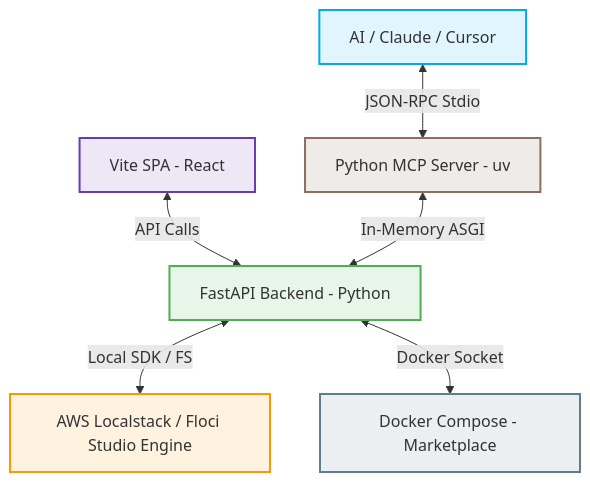
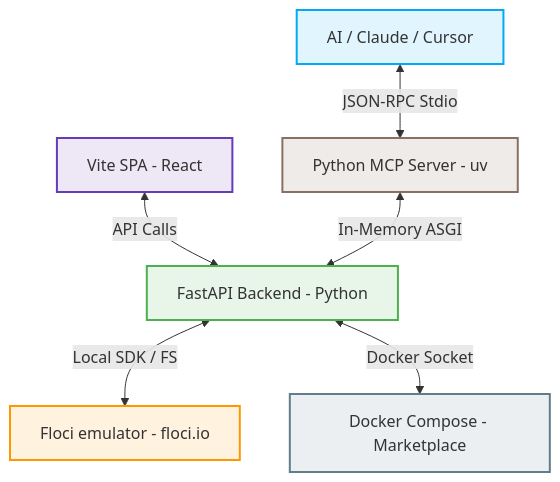
One commit to pmaojo/floci-studio changed the diagram in README.md. Above: the diagram before and after it, drawn with Mermaid. The commit also changed other lines of this file, not shown here.

Commit message:
docs: aclarar que Floci Studio es un frontend para Floci (floci.io) y dar crédito a sus autores

````diff
--- a/README.md
+++ b/README.md
@@ -11,17 +15,17 @@
 ```mermaid
 graph TD
     %% Components
     LLM[AI / Claude / Cursor] <-->|JSON-RPC Stdio| MCP[Python MCP Server - uv]
     SPA[Vite SPA - React] <-->|API Calls| Backend[FastAPI Backend - Python]
     MCP <-->|In-Memory ASGI| Backend
-    Backend <-->|Local SDK / FS| LocalStack[AWS Localstack / Floci Studio Engine]
+    Backend <-->|Local SDK / FS| LocalStack[Floci emulator - floci.io]
     Backend <-->|Docker Socket| DockerMarket[Docker Compose - Marketplace]
 
     %% Styles
     style LLM fill:#e1f5fe,stroke:#03a9f4,stroke-width:2px
     style MCP fill:#efebe9,stroke:#8d6e63,stroke-width:2px
     style SPA fill:#ede7f6,stroke:#673ab7,stroke-width:2px
     style Backend fill:#e8f5e9,stroke:#4caf50,stroke-width:2px
     style LocalStack fill:#fff3e0,stroke:#ff9800,stroke-width:2px
     style DockerMarket fill:#eceff1,stroke:#607d8b,stroke-width:2px
 ```
````
